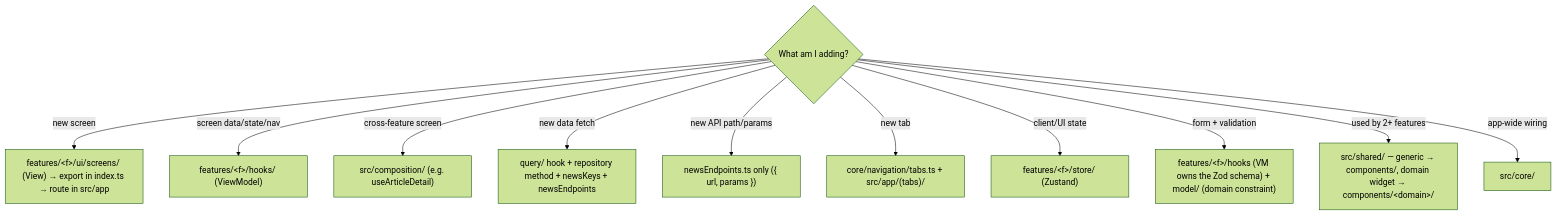
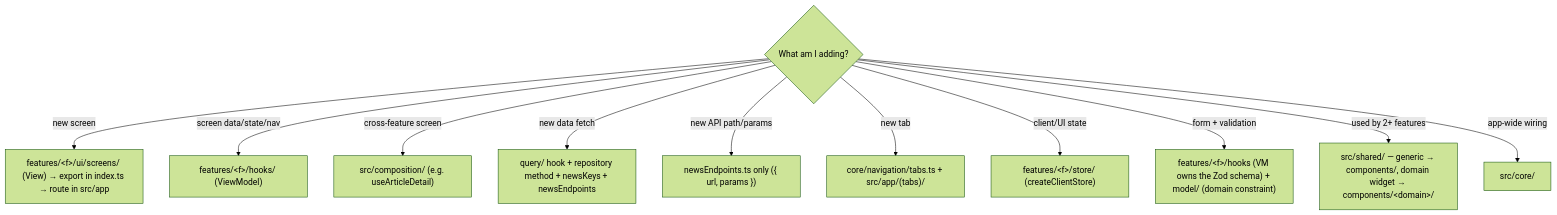
One commit to dev-mahmoud-elshenawy/opticore-news-demo changed diagram 12 of 12 in ORIENTATION.md. Above: the diagram before and after it, drawn with Mermaid (forest theme). The commit also changed other lines of this file and 2 other files, not shown here.

````diff
--- a/ORIENTATION.md
+++ b/ORIENTATION.md
@@ -231,14 +232,14 @@
 ```mermaid
 flowchart TD
     Q{What am I adding?}
     Q -->|new screen| A1["features/&lt;f&gt;/ui/screens/ (View) → export in index.ts → route in src/app"]
     Q -->|screen data/state/nav| A2["features/&lt;f&gt;/hooks/ (ViewModel)"]
     Q -->|cross-feature screen| A3["src/composition/ (e.g. useArticleDetail)"]
     Q -->|new data fetch| A4["query/ hook + repository method + newsKeys + newsEndpoints"]
     Q -->|new API path/params| A5["newsEndpoints.ts only ({ url, params })"]
     Q -->|new tab| A6["core/navigation/tabs.ts + src/app/(tabs)/"]
-    Q -->|client/UI state| A7["features/&lt;f&gt;/store/ (Zustand)"]
+    Q -->|client/UI state| A7["features/&lt;f&gt;/store/ (createClientStore)"]
     Q -->|form + validation| A7b["features/&lt;f&gt;/hooks (VM owns the Zod schema) + model/ (domain constraint)"]
     Q -->|used by 2+ features| A8["src/shared/ — generic → components/, domain widget → components/&lt;domain&gt;/"]
     Q -->|app-wide wiring| A9["src/core/"]
 ```
````
